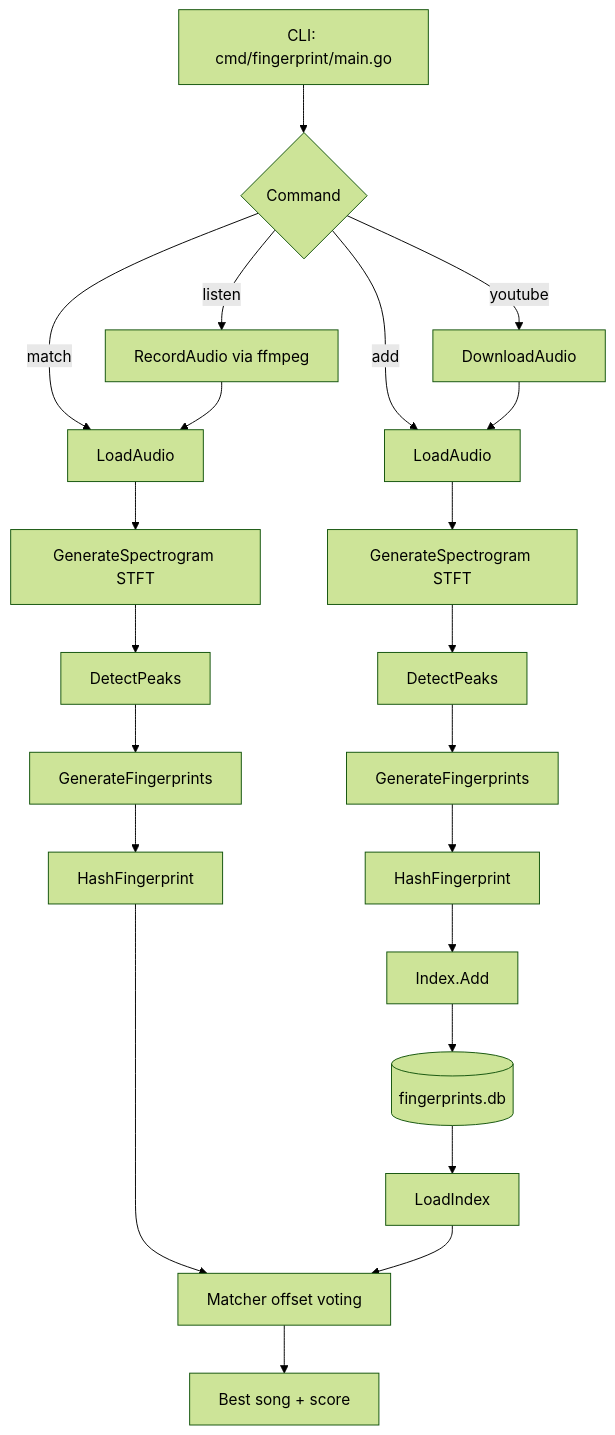
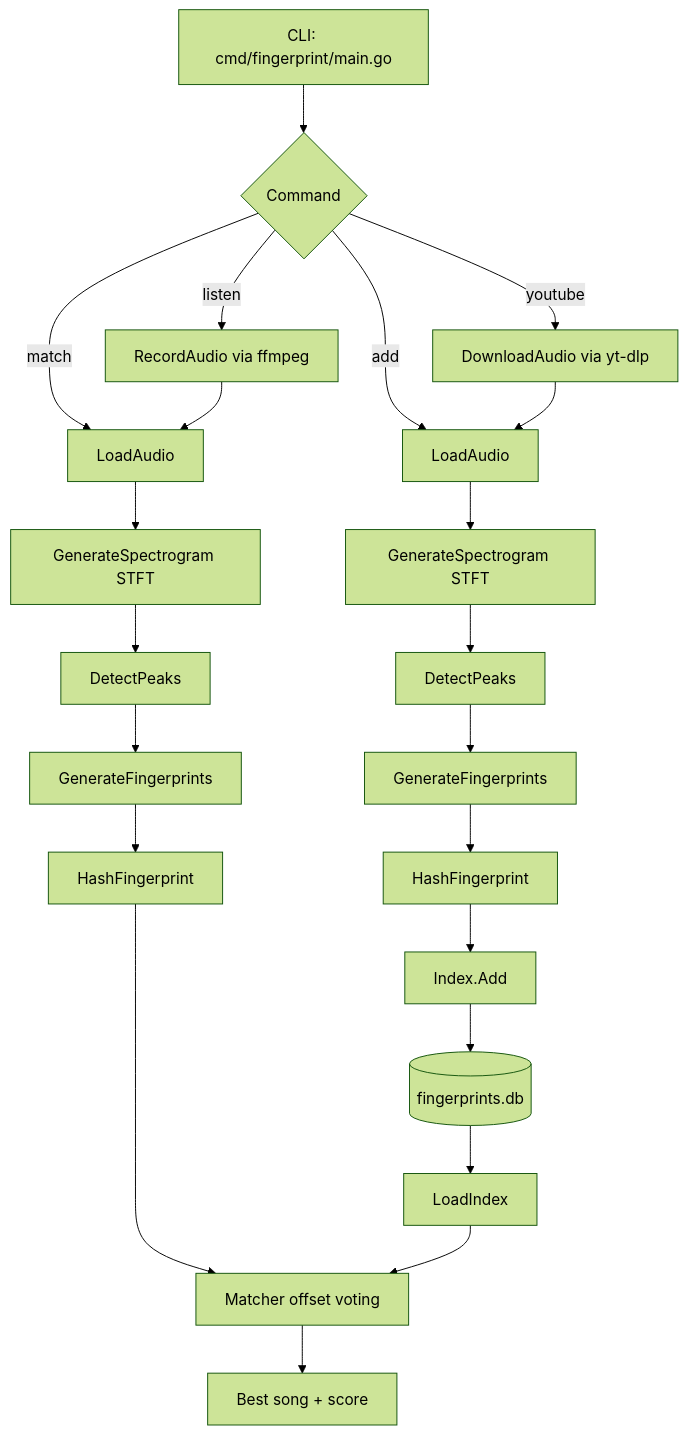
One commit to ravirraj/echoId changed the diagram in README.md. Above: the diagram before and after it, drawn with Mermaid (forest theme). The commit also changed other lines of this file and 24 other files, not shown here.

````diff
--- a/README.md
+++ b/README.md
@@ -218,30 +259,30 @@
 ```mermaid
 flowchart TD
     A[CLI: cmd/fingerprint/main.go] --> B{Command}
 
     B -->|add| C[LoadAudio]
     B -->|match| D[LoadAudio]
     B -->|listen| E[RecordAudio via ffmpeg]
     E --> D
-    B -->|youtube| F[DownloadAudio]
+    B -->|youtube| F[DownloadAudio via yt-dlp]
     F --> C
 
     C --> G[GenerateSpectrogram STFT]
     D --> H[GenerateSpectrogram STFT]
 
     G --> I[DetectPeaks]
     H --> J[DetectPeaks]
 
     I --> K[GenerateFingerprints]
     J --> L[GenerateFingerprints]
 
     K --> M[HashFingerprint]
     M --> N[Index.Add]
     N --> O[(fingerprints.db)]
 
     O --> P[LoadIndex]
     L --> Q[HashFingerprint]
     Q --> R[Matcher offset voting]
     P --> R
     R --> S[Best song + score]
 ```
````
